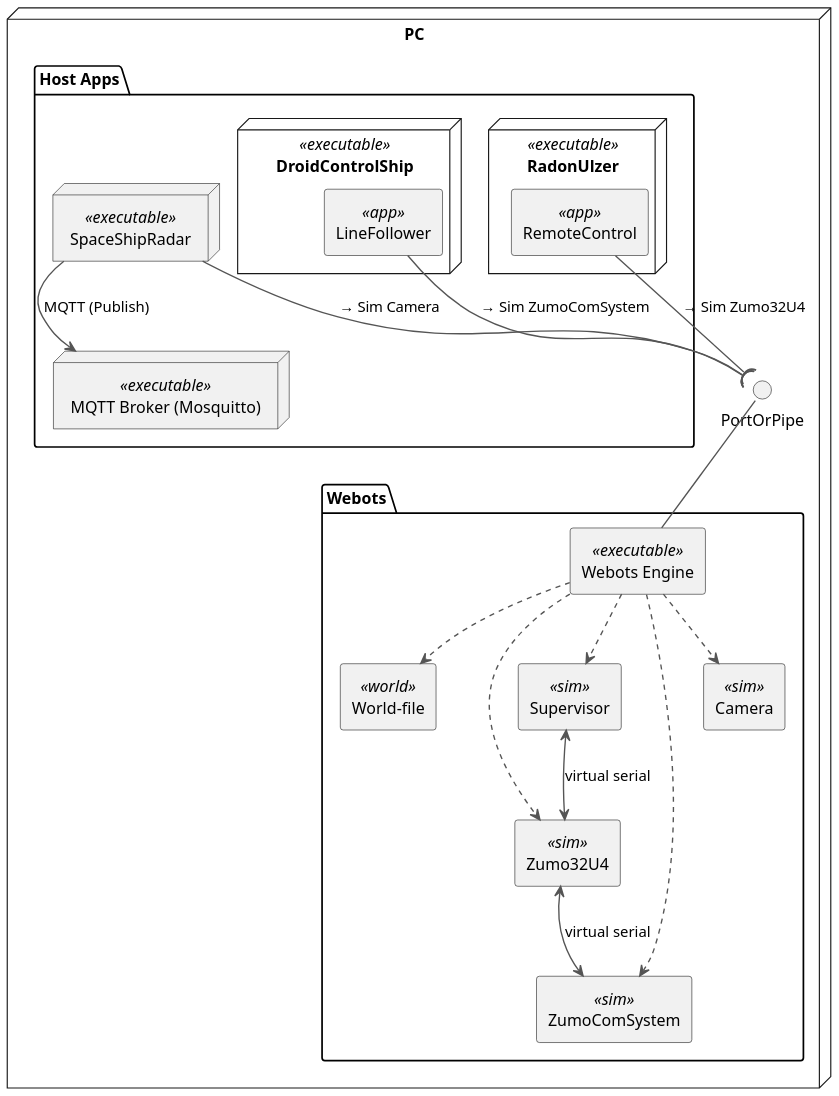
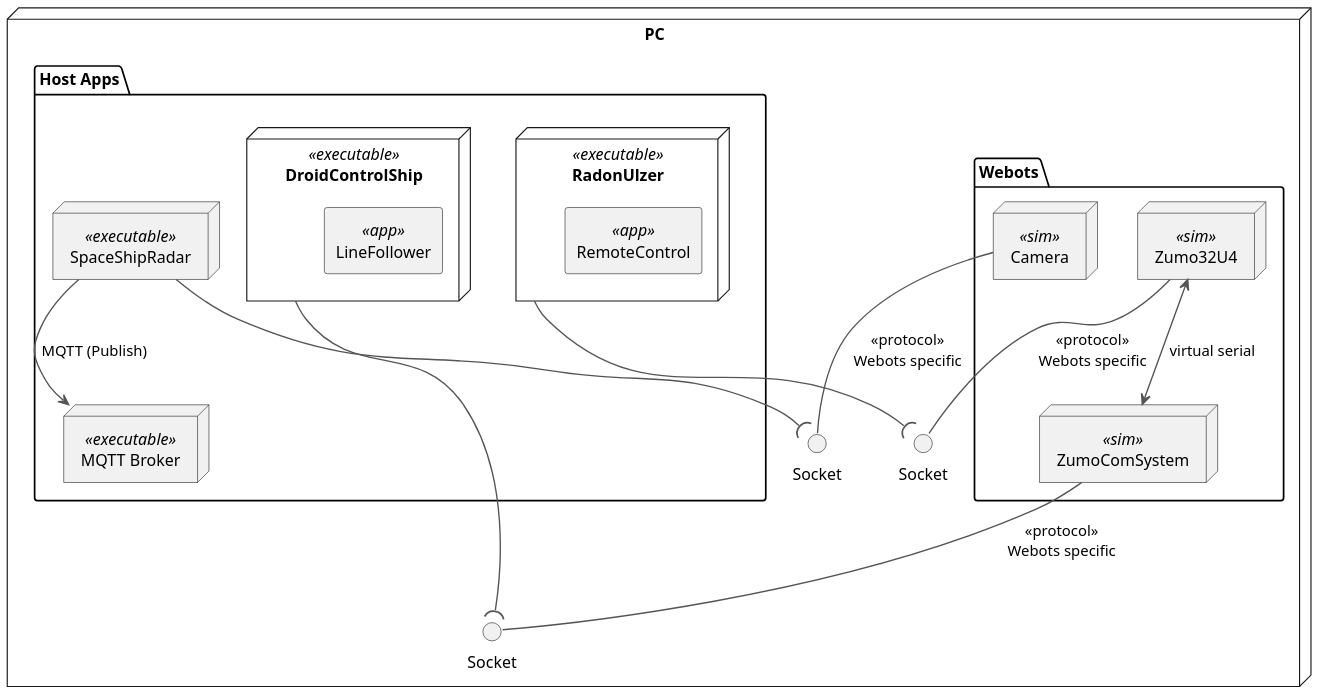
Before and after one commit to BlueAndi/DroidControlShip: the diagram in doc/SensorFusion/architecture/DeploymentDiagram_Simulation_current.puml, drawn with PlantUML. The commit also changed 4 other files, not shown here.

Commit message:
DeploymentDiagram

```diff
--- a/doc/SensorFusion/architecture/DeploymentDiagram_Simulation_current.puml
+++ b/doc/SensorFusion/architecture/DeploymentDiagram_Simulation_current.puml
@@ -1,52 +1,42 @@
 @startuml ZumoSim_MQTT
 skinparam dpi 150
 skinparam componentStyle rectangle
 skinparam ArrowColor #555
 skinparam ArrowThickness 1.2
 skinparam defaultFontName Helvetica
 
 node "PC" as PC {
 
   package "Webots" {
-    component "World-file" <<world>> as world
-    component "Webots Engine" <<executable>> as wbsim
-    component "Zumo32U4" <<sim>> as wbZumo
-    component "ZumoComSystem" <<sim>> as wbDcs
-    component "Supervisor" <<sim>> as wbSupervisor
-    component "Camera" <<sim>> as wbCamera
-
-    wbsim ..> world
-    wbsim ..> wbZumo
-    wbsim ..> wbDcs
-    wbsim ..> wbSupervisor
-    wbsim ..> wbCamera
+    node "Zumo32U4" <<sim>> as wbZumo
+    node "ZumoComSystem" <<sim>> as wbDcs
+    node "Camera" <<sim>> as wbCamera
   }
 
   package "Host Apps" {
     node "DroidControlShip" <<executable>> as DCS {
       component "LineFollower" <<app>> as LineFollowerApp
     }
     node "RadonUlzer" <<executable>> as RadonUlzer {
       component "RemoteControl" <<app>> as RemoteControlApp
     }
     node "SpaceShipRadar" <<executable>> as ssr
-    node "MQTT Broker (Mosquitto)" <<executable>> as broker
+    node "MQTT Broker" <<executable>> as broker
   }
 
-  ' Webots Controller API (TCP/Port/Pipe)
-  interface PortOrPipe
+  interface "Socket" as SocketCamera
+  interface "Socket" as SocketDCS
+  interface "Socket" as SocketRemoteCTRL
 
-  ' Controller-API Verbindungen
-  wbsim -u-() PortOrPipe
-  LineFollowerApp --( PortOrPipe : → Sim ZumoComSystem
-  RemoteControlApp  --( PortOrPipe : → Sim Zumo32U4
-  ssr --( PortOrPipe : → Sim Camera
+  wbCamera --() SocketCamera: <<protocol>>\nWebots specific
+  ssr --( SocketCamera
+  wbDcs --() SocketDCS: <<protocol>>\nWebots specific
+  DCS --( SocketDCS
+  wbZumo --() SocketRemoteCTRL: <<protocol>>\nWebots specific
+  RadonUlzer --( SocketRemoteCTRL
 
-  ' Virtuelle serielle Links in Webots
+
   wbZumo <--> wbDcs : virtual serial
-  wbSupervisor <--> wbZumo : virtual serial
-
-  ' MQTT Fluss (Host-seitig)
   ssr --> broker : MQTT (Publish)
 }
 @enduml
```
